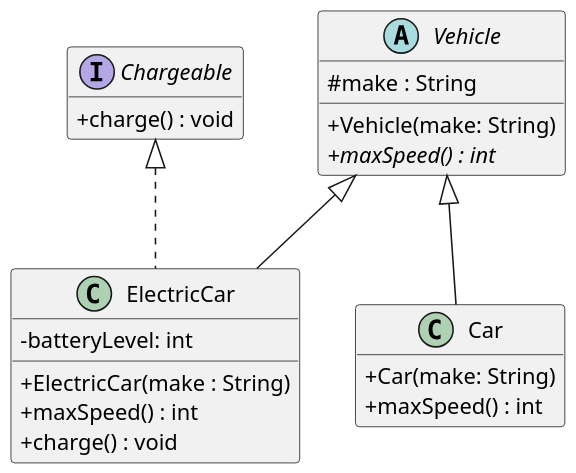
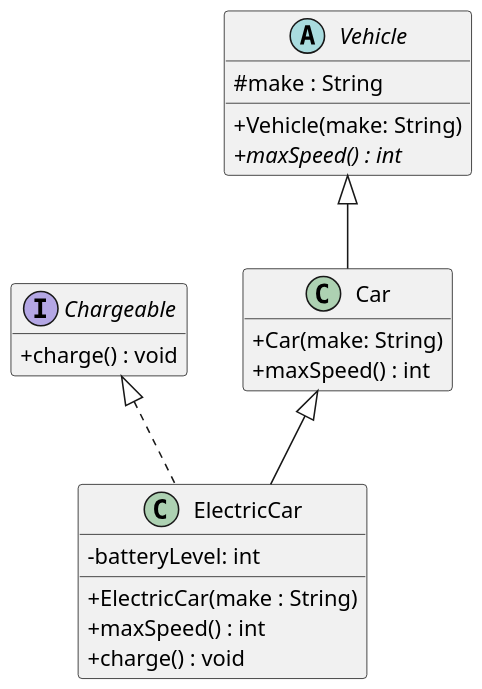
Before and after one commit to davidsh123/207-course-notes: the diagram in plantuml/exercises/vehicles-uml-starter.puml, drawn with PlantUML.

Commit message:
fixed bugs in vehicle uml

```diff
--- a/plantuml/exercises/vehicles-uml-starter.puml
+++ b/plantuml/exercises/vehicles-uml-starter.puml
@@ -1,51 +1,51 @@
 @startuml
 skinparam dpi 150
 skinparam classAttributeIconSize 0
 hide empty members
 
 ' Your task (Chapter 3, Question 2): draw the UML class diagram for the
 ' Vehicle / Car / ElectricCar / Chargeable code.
 '
 ' Define each type as a box, then connect them with the right arrows. One box
 ' (Chargeable) is filled in as an example — complete the other three and add the
 ' relationships.
 '
 ' PlantUML cheat-sheet:
 '   interface Name { + method() : Type }
 '   abstract class Name { # field : Type }
 '   class Name { - field : Type }
 '   Parent    <|-- Child    ' generalization: Child extends Parent
 '   Interface <|.. Class    ' realization:    Class implements Interface
 ' (Putting the parent/interface on the LEFT of the arrow keeps it on top.)
 
 interface Chargeable {
   + charge() : void
 }
 
 ' TODO: add "abstract class Vehicle", "class Car", and "class ElectricCar"
 '       (with their fields and methods), then add the arrows between all four
 '       types.
 abstract class Vehicle {
     # make : String
     + Vehicle(make: String)
     {abstract} + maxSpeed() : int
 }
 
 class Car {
     + Car(make: String)
     + maxSpeed() : int
 }
 
 class ElectricCar {
     - batteryLevel: int
     + ElectricCar(make : String)
     + maxSpeed() : int
     + charge() : void
 }
 
 Vehicle <|-- Car
-Vehicle <|-- ElectricCar
+Car <|-- ElectricCar
 Chargeable <|.. ElectricCar
 
 
 @enduml
```
